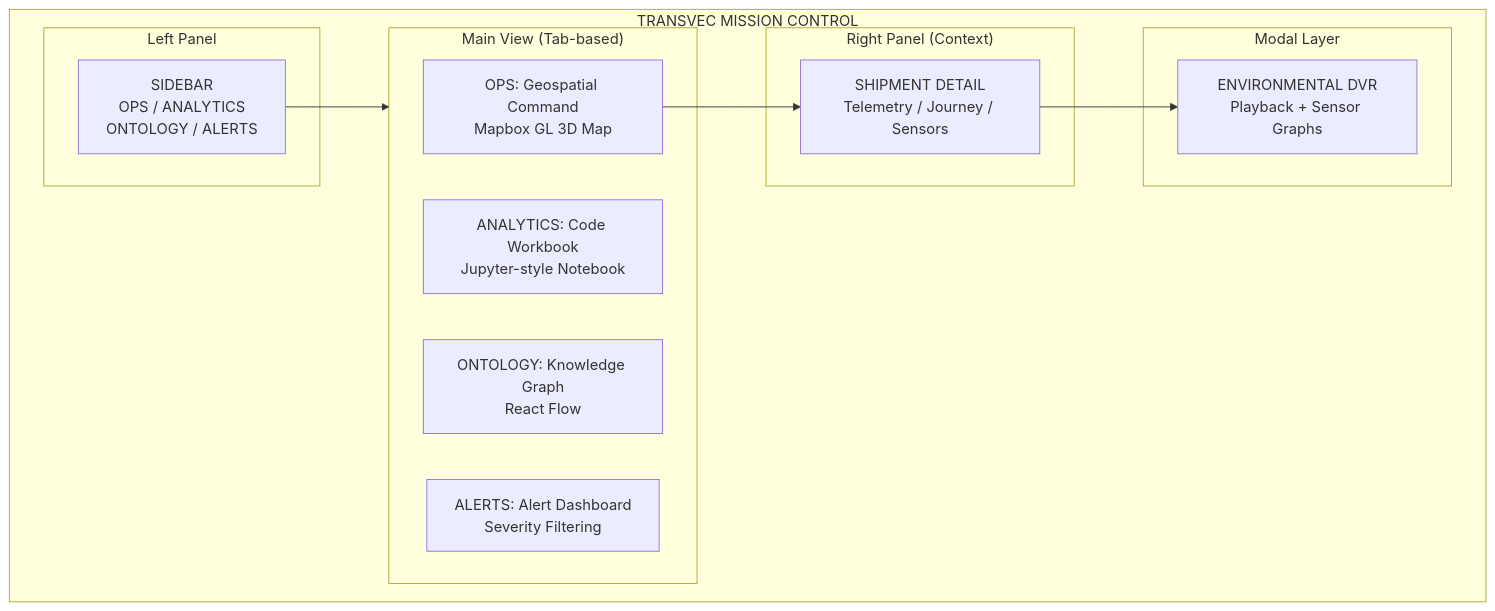
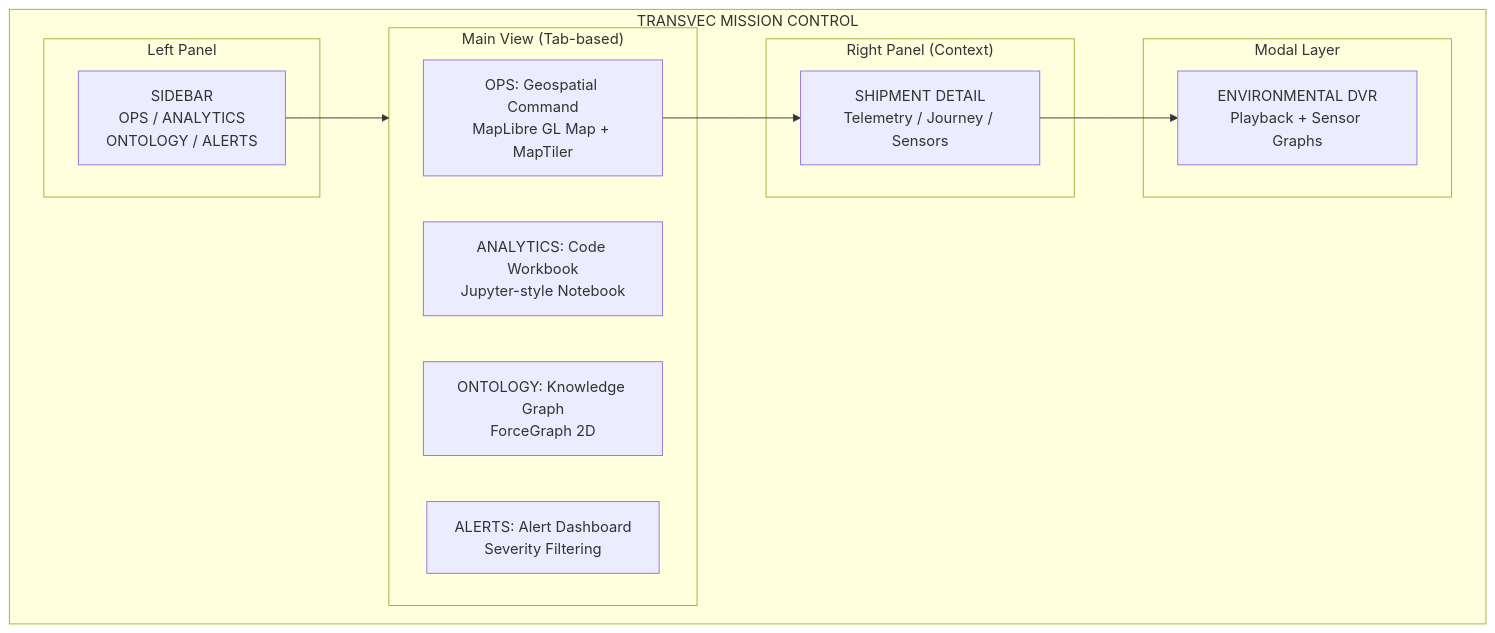
Before and after one commit to AngelP17/Transvec: the second of 8 diagrams in Transvec_Project_Specification.md, drawn with Mermaid. The commit also changed other lines of this file and 26 other files, not shown here.

````diff
--- a/Transvec_Project_Specification.md
+++ b/Transvec_Project_Specification.md
@@ -122,27 +132,27 @@
 ```mermaid
 graph TB
     subgraph MissionControl["TRANSVEC MISSION CONTROL"]
         subgraph LeftPanel["Left Panel"]
             SB["SIDEBAR<br/>OPS / ANALYTICS<br/>ONTOLOGY / ALERTS"]
         end
 
         subgraph MainView["Main View (Tab-based)"]
-            OPS["OPS: Geospatial Command<br/>Mapbox GL 3D Map"]
+            OPS["OPS: Geospatial Command<br/>MapLibre GL Map + MapTiler"]
             ANA["ANALYTICS: Code Workbook<br/>Jupyter-style Notebook"]
-            ONT["ONTOLOGY: Knowledge Graph<br/>React Flow"]
+            ONT["ONTOLOGY: Knowledge Graph<br/>ForceGraph 2D"]
             ALR["ALERTS: Alert Dashboard<br/>Severity Filtering"]
         end
 
         subgraph RightPanel["Right Panel (Context)"]
             SD["SHIPMENT DETAIL<br/>Telemetry / Journey / Sensors"]
         end
 
         subgraph ModalLayer["Modal Layer"]
             DVR["ENVIRONMENTAL DVR<br/>Playback + Sensor Graphs"]
         end
     end
 
     SB --> MainView
     OPS --> SD
     SD --> DVR
 ```
````
